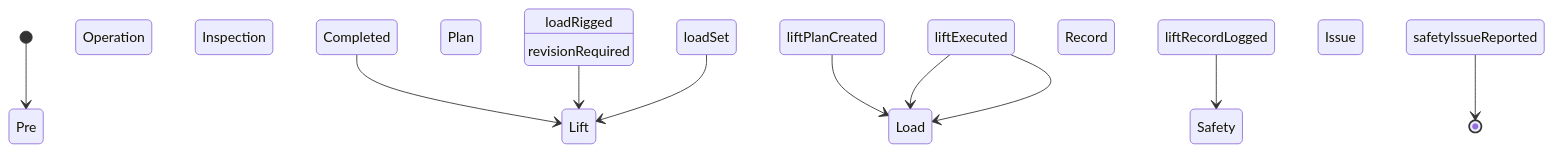
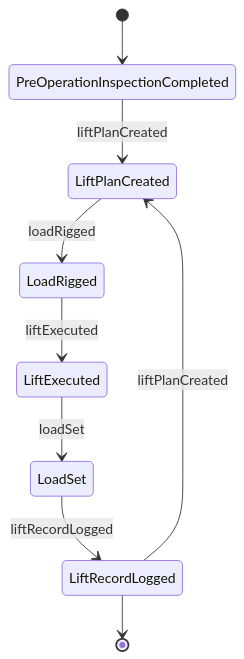
The second of 4 diagrams in ControllingMachinesAndProcesses/OperateLiftingOrMovingEquipment/OperateCranesHoistsMovingLifting.mdx (dot-org-ai/tasks.org.ai), drawn with Mermaid before and after one commit. The commit also changed other lines of this file and 515 other files, not shown here.

````diff
--- a/ControllingMachinesAndProcesses/OperateLiftingOrMovingEquipment/OperateCranesHoistsMovingLifting.mdx
+++ b/ControllingMachinesAndProcesses/OperateLiftingOrMovingEquipment/OperateCranesHoistsMovingLifting.mdx
@@ -98,12 +98,11 @@
 ```mermaid
 stateDiagram-v2
-    [*] --> Pre Operation Inspection Completed
-    Pre Operation Inspection Completed --> Lift Plan Created : liftPlanCreated
-    Lift Plan Created --> Load Rigged : loadRigged
-    Load Rigged --> Lift Executed : liftExecuted
-    Lift Executed --> Load Set : loadSet
-    Load Set --> Lift Record Logged : liftRecordLogged
-    Lift Record Logged --> Safety Issue Reported : safetyIssueReported
-    Lift Executed --> Load Rigged : revisionRequired
-    Safety Issue Reported --> [*]
+    [*] --> PreOperationInspectionCompleted
+    PreOperationInspectionCompleted --> LiftPlanCreated : liftPlanCreated
+    LiftPlanCreated --> LoadRigged : loadRigged
+    LoadRigged --> LiftExecuted : liftExecuted
+    LiftExecuted --> LoadSet : loadSet
+    LoadSet --> LiftRecordLogged : liftRecordLogged
+    LiftRecordLogged --> LiftPlanCreated : liftPlanCreated
+    LiftRecordLogged --> [*]
 ```
````
